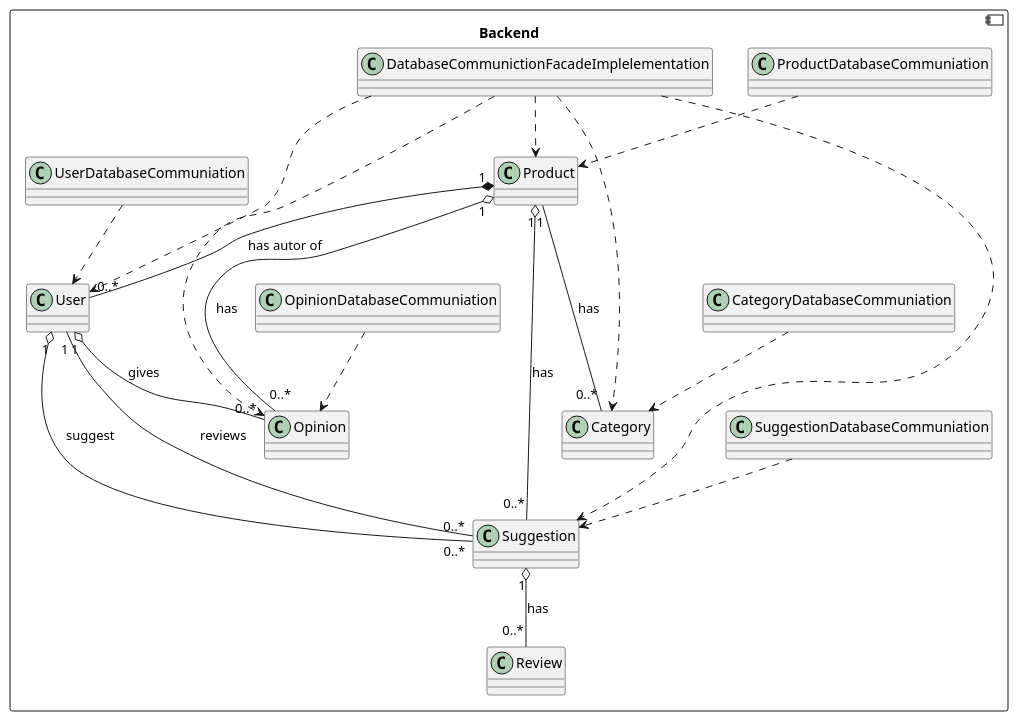
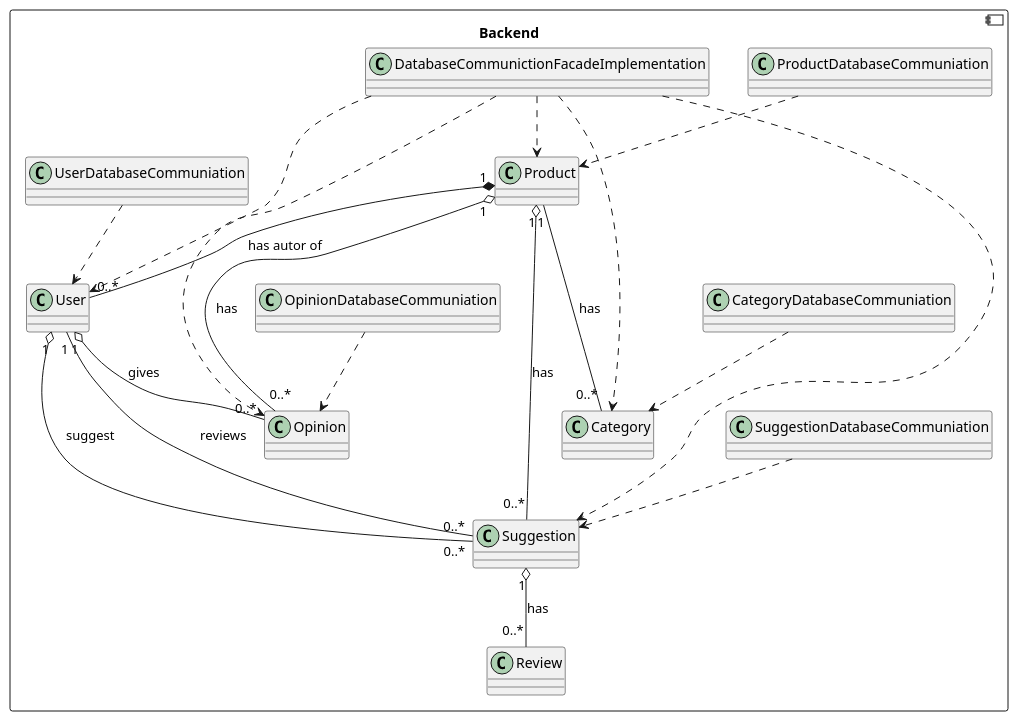
Before and after one commit to RadekBucki/OpinionCollectorArchitecture: the first of 5 diagrams in FullClassDiagrams.md, drawn with PlantUML. The commit also changed other lines of this file and 1 other file, not shown here.

Commit message:
Suggestion diagram and some fixes

````diff
--- a/FullClassDiagrams.md
+++ b/FullClassDiagrams.md
@@ -3,38 +3,38 @@
 ```plantuml
 component Backend {
     class Suggestion {
     }
     class User {
     }
     class Opinion {
     }
     class Product {
     }
     class Category {
     }
     class Suggestion {
     }
     class Review {
     }
     Product    "1" o-- "0..*" Opinion    : has
     Product    "1" o-- "0..*" Suggestion : has
     Product    "1" *-- "0..*" User       : has autor of
     Product    "1" --- "0..*" Category   : has
     Suggestion "1" o-- "0..*" Review    : has
     User       "1" o-- "0..*" Opinion    : gives
     User       "1" --- "0..*" Suggestion : reviews
     User       "1" o-- "0..*" Suggestion : suggest
     
     UserDatabaseCommuniation        ..> User
     ProductDatabaseCommuniation     ..> Product
     SuggestionDatabaseCommuniation  ..> Suggestion
     OpinionDatabaseCommuniation     ..> Opinion
     CategoryDatabaseCommuniation    ..> Category
     
-    DatabaseCommunictionFacadeImplelementation ..> User
-    DatabaseCommunictionFacadeImplelementation ..> Product
-    DatabaseCommunictionFacadeImplelementation ..> Suggestion
-    DatabaseCommunictionFacadeImplelementation ..> Opinion
-    DatabaseCommunictionFacadeImplelementation ..> Category
+    DatabaseCommunictionFacadeImplementation ..> User
+    DatabaseCommunictionFacadeImplementation ..> Product
+    DatabaseCommunictionFacadeImplementation ..> Suggestion
+    DatabaseCommunictionFacadeImplementation ..> Opinion
+    DatabaseCommunictionFacadeImplementation ..> Category
 }
 ```
````
